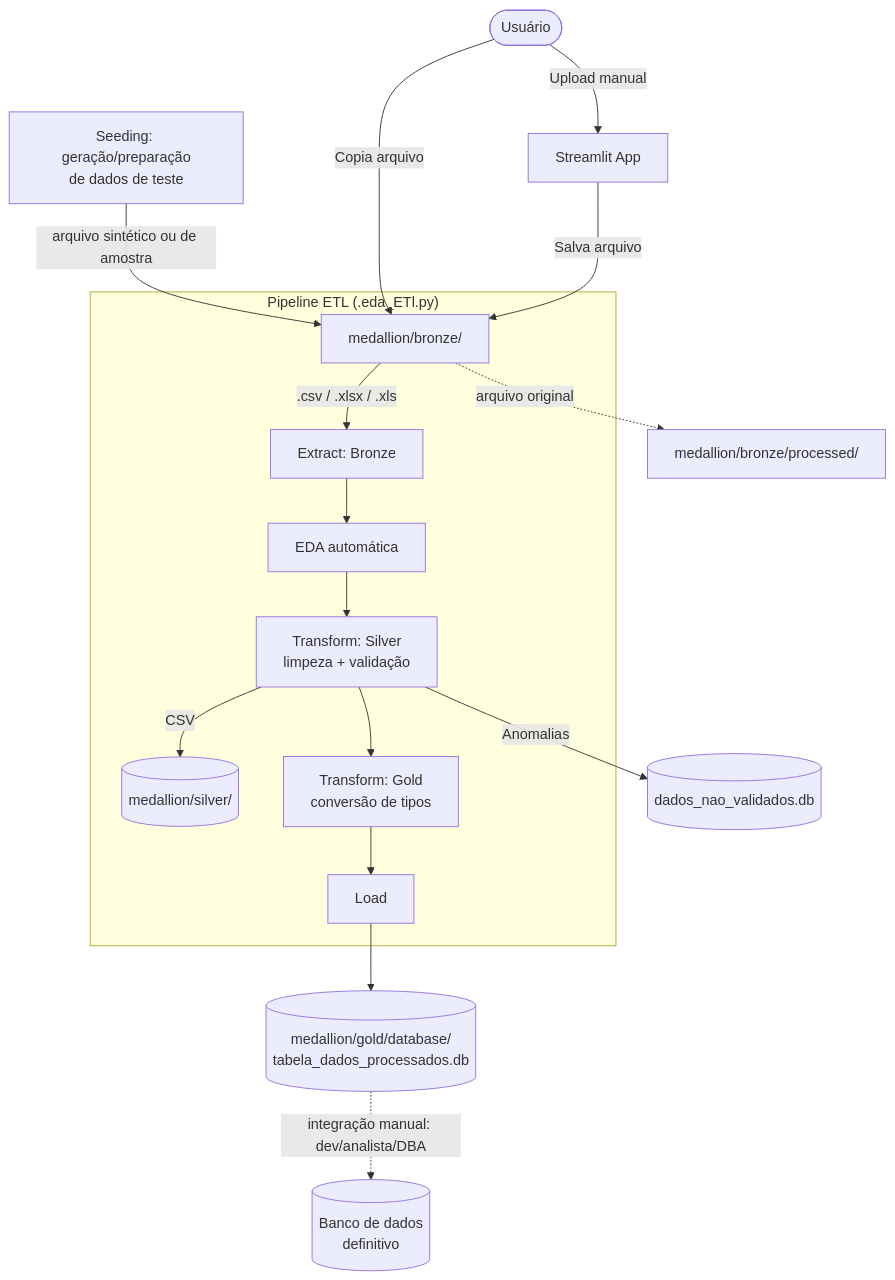
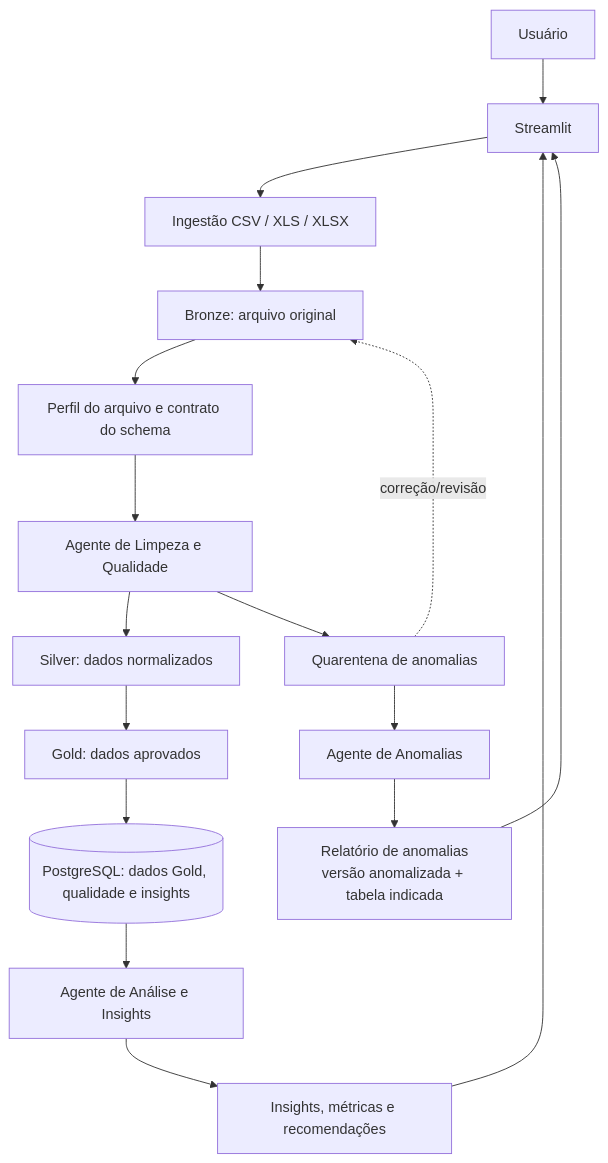
The first of 2 diagrams in README.md (GeorgeLucas1/Pipeline_csv_to_db), drawn with Mermaid before and after one commit. The commit also changed other lines of this file, not shown here.

````diff
--- a/README.md
+++ b/README.md
@@ -13,23 +31,24 @@
 ```mermaid
 graph TD
-    Seed[Seeding: geração/preparação<br/>de dados de teste] -->|arquivo sintético ou de amostra| Raw
-    User([Usuário]) -->|Upload manual| ST[Streamlit App]
-    User -->|Copia arquivo| Raw[medallion/bronze/]
-    ST -->|Salva arquivo| Raw
+    U[Usuário] --> ST[Streamlit]
+    ST --> IN[Ingestão CSV / XLS / XLSX]
+    IN --> B[Bronze: arquivo original]
 
-    subgraph "Pipeline ETL (.eda_ETl.py)"
-        Raw -->|.csv / .xlsx / .xls| Extract[Extract: Bronze]
-        Extract --> EDA[EDA automática]
-        EDA --> Silver[Transform: Silver<br/>limpeza + validação]
-        Silver -->|CSV| SilverDir[(medallion/silver/)]
-        Silver --> Gold[Transform: Gold<br/>conversão de tipos]
-        Gold --> Load[Load]
-    end
+    B --> P[Perfil do arquivo e contrato do schema]
+    P --> L[Agente de Limpeza e Qualidade]
+    L --> S[Silver: dados normalizados]
+    L --> Q[Quarentena de anomalias]
 
-    Load --> DB[(medallion/gold/database/<br/>tabela_dados_processados.db)]
-    Silver -->|Anomalias| DB2[(dados_nao_validados.db)]
+    Q --> A[Agente de Anomalias]
+    A --> R[Relatório de anomalias<br/>versão anomalizada + tabela indicada]
+    R --> ST
 
-    Raw -.->|arquivo original| Processed[medallion/bronze/processed/]
+    S --> G[Gold: dados aprovados]
+    G --> DB[(PostgreSQL: dados Gold, qualidade e insights)]
 
-    DB -.->|integração manual: dev/analista/DBA| Ext[(Banco de dados<br/>definitivo)]
+    DB --> I[Agente de Análise e Insights]
+    I --> INS[Insights, métricas e recomendações]
+    INS --> ST
+
+    Q -. correção/revisão .-> B
 ```
````
